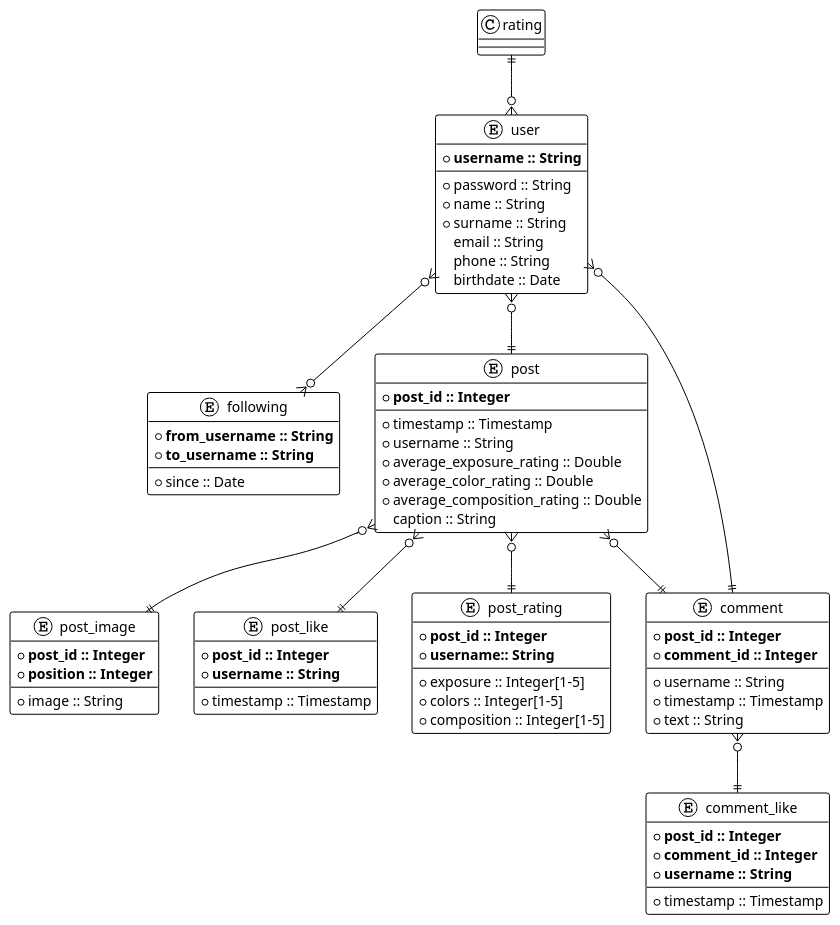
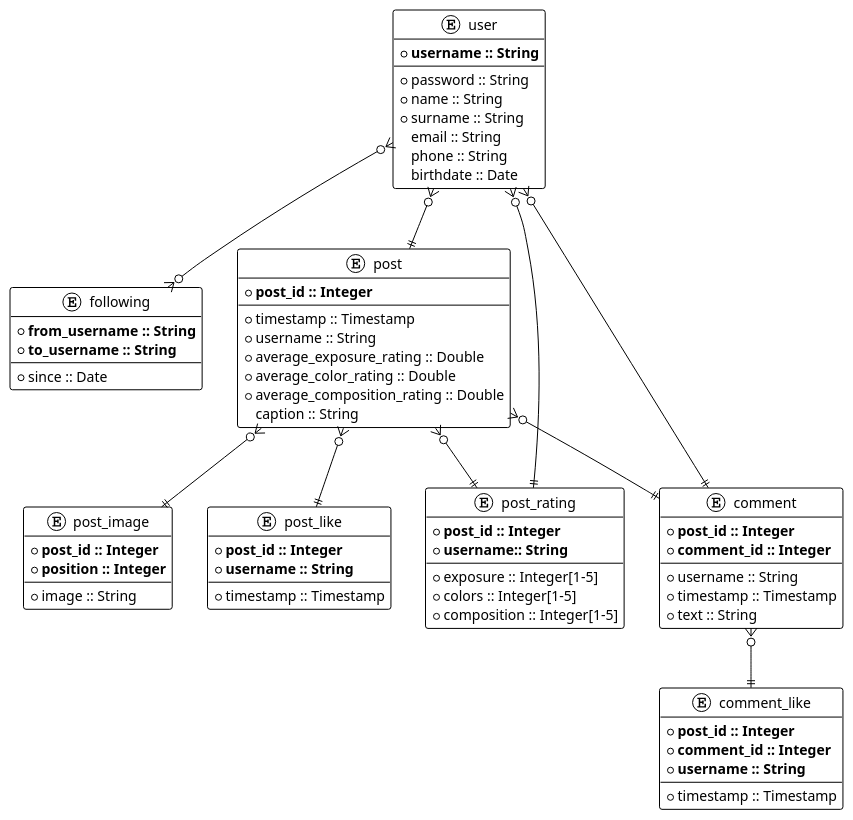
Before and after one commit to ValentinaPieri/lipho: the diagram in db_project/er.plantuml, drawn with PlantUML.

Commit message:
Fixed wrong link in er diagram

```diff
--- a/db_project/er.plantuml
+++ b/db_project/er.plantuml
@@ -1,83 +1,83 @@
 @startuml Lipho DB ER Diagram
 !theme plain
 
 entity user {
     * **username :: String**
     --
     * password :: String
     * name :: String
     * surname :: String
     email :: String
     phone :: String
     birthdate :: Date
 }
 
 entity following {
     * **from_username :: String**
     * **to_username :: String**
     --
     * since :: Date
 }
 
 entity post {
     * **post_id :: Integer**
     --
     * timestamp :: Timestamp
     * username :: String
     * average_exposure_rating :: Double
     * average_color_rating :: Double
     * average_composition_rating :: Double
     caption :: String
 }
 
 entity post_image {
     * **post_id :: Integer**
     * **position :: Integer**
     --
     * image :: String
 }
 
 entity post_like {
     * **post_id :: Integer**
     * **username :: String**
     --
     * timestamp :: Timestamp
 }
 
 entity post_rating {
     * **post_id :: Integer**
     * **username:: String**
     --
     * exposure :: Integer[1-5]
     * colors :: Integer[1-5]
     * composition :: Integer[1-5]
 }
 
 entity comment {
     * **post_id :: Integer**
     * **comment_id :: Integer**
     --
     * username :: String
     * timestamp :: Timestamp
     * text :: String
 }
 
 entity comment_like {
     * **post_id :: Integer**
     * **comment_id :: Integer**
     * **username :: String**
     --
     * timestamp :: Timestamp
 }
 
 user }o--o{ following
 user }o--|| post
 post }o--|| post_image
 post }o--|| post_rating
 post }o--|| comment
 post }o--|| post_like
-rating ||--o{ user
+post_rating ||--o{ user
 comment ||--o{ user
 comment }o--|| comment_like
 
 @enduml
```
